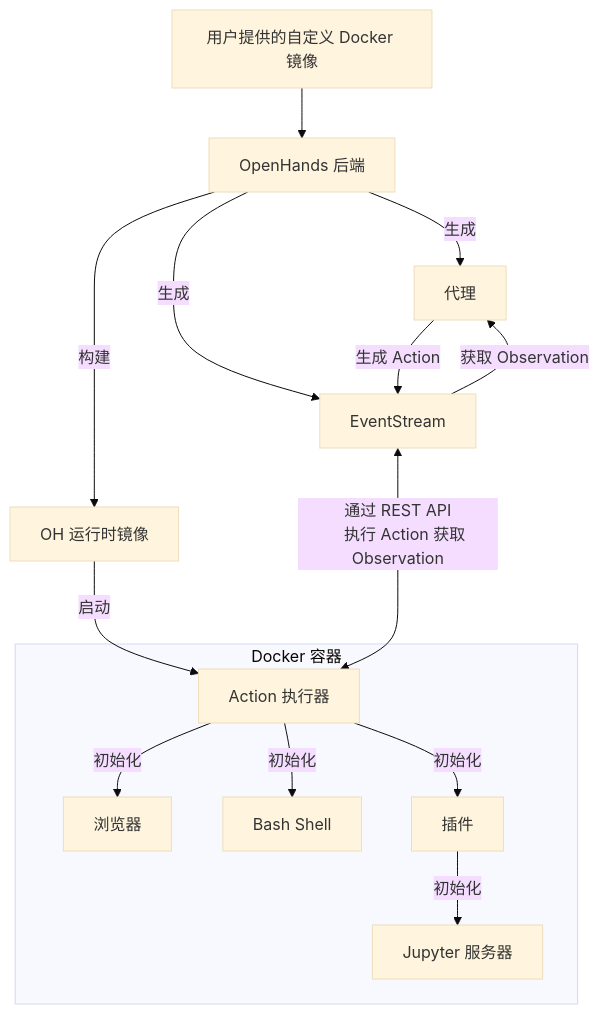
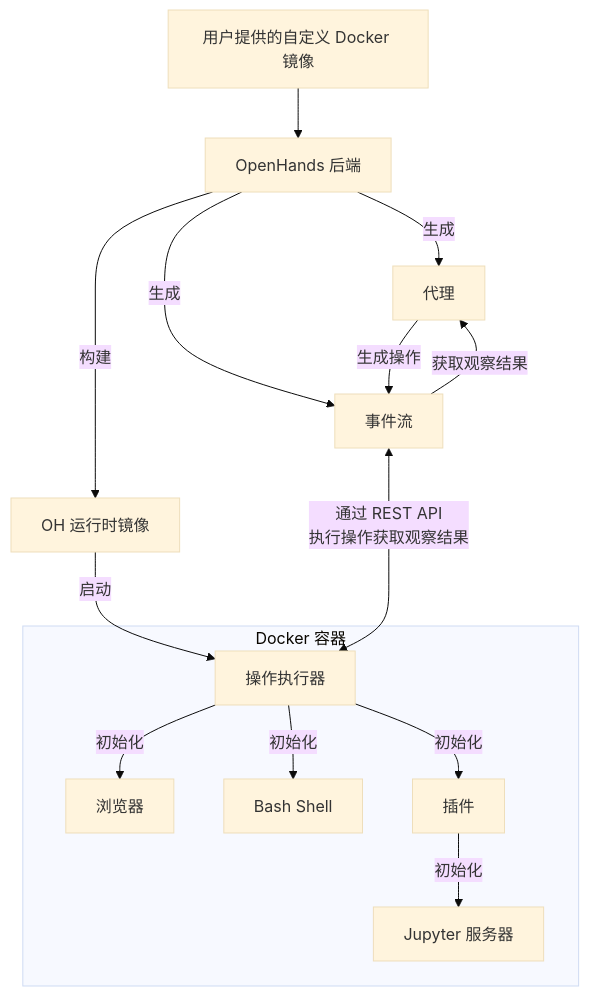
One commit to techyst-net/handyst changed the diagram in docs/i18n/zh-Hans/docusaurus-plugin-content-docs/current/usage/architecture/runtime.md. Above: the diagram before and after it, drawn with Mermaid (base theme). The commit also changed other lines of this file and 188 other files, not shown here.

````diff
--- a/docs/i18n/zh-Hans/docusaurus-plugin-content-docs/current/usage/architecture/runtime.md
+++ b/docs/i18n/zh-Hans/docusaurus-plugin-content-docs/current/usage/architecture/runtime.md
@@ -22,27 +20,27 @@
 ```mermaid
 graph TD
     A[用户提供的自定义 Docker 镜像] --> B[OpenHands 后端]
     B -->|构建| C[OH 运行时镜像]
-    C -->|启动| D[Action 执行器]
+    C -->|启动| D[操作执行器]
     D -->|初始化| E[浏览器]
     D -->|初始化| F[Bash Shell]
     D -->|初始化| G[插件]
     G -->|初始化| L[Jupyter 服务器]
 
     B -->|生成| H[代理]
-    B -->|生成| I[EventStream]
+    B -->|生成| I[事件流]
     I <--->|通过 REST API
-    执行 Action 获取 Observation
+    执行操作获取观察结果
     | D
 
-    H -->|生成 Action| I
-    I -->|获取 Observation| H
+    H -->|生成操作| I
+    I -->|获取观察结果| H
 
     subgraph "Docker 容器"
     D
     E
     F
     G
     L
     end
 ```
````
